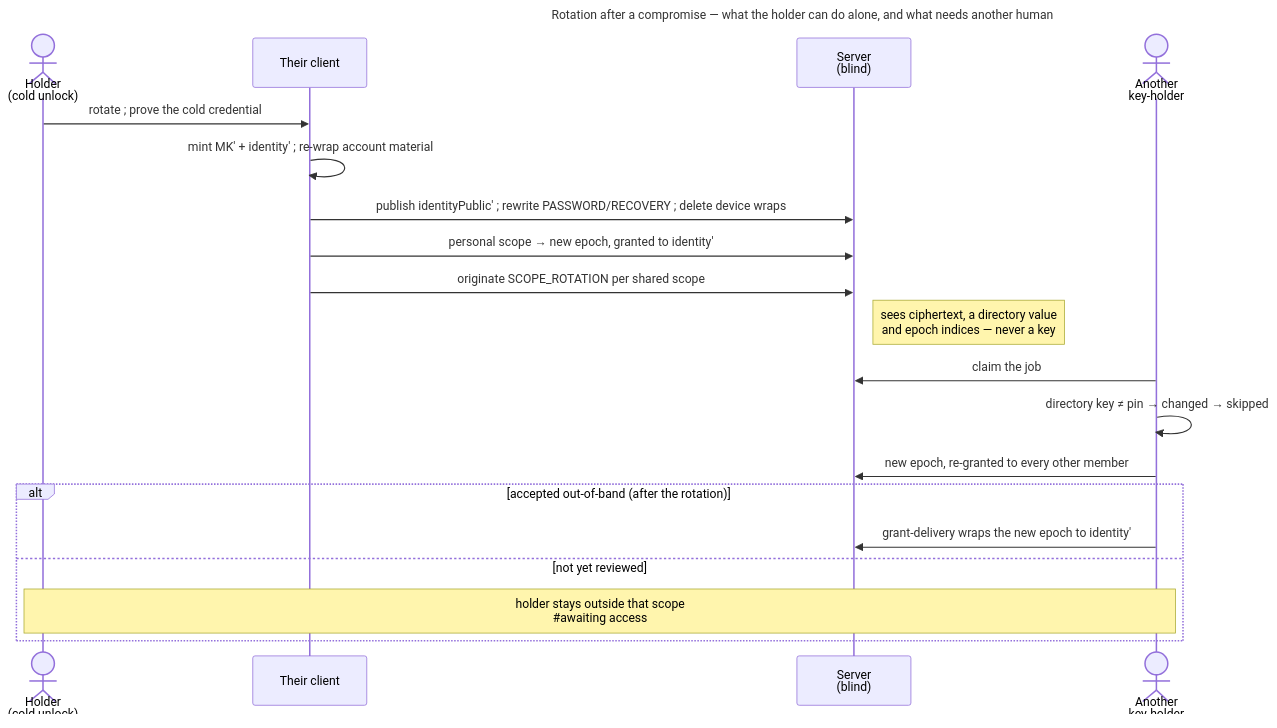
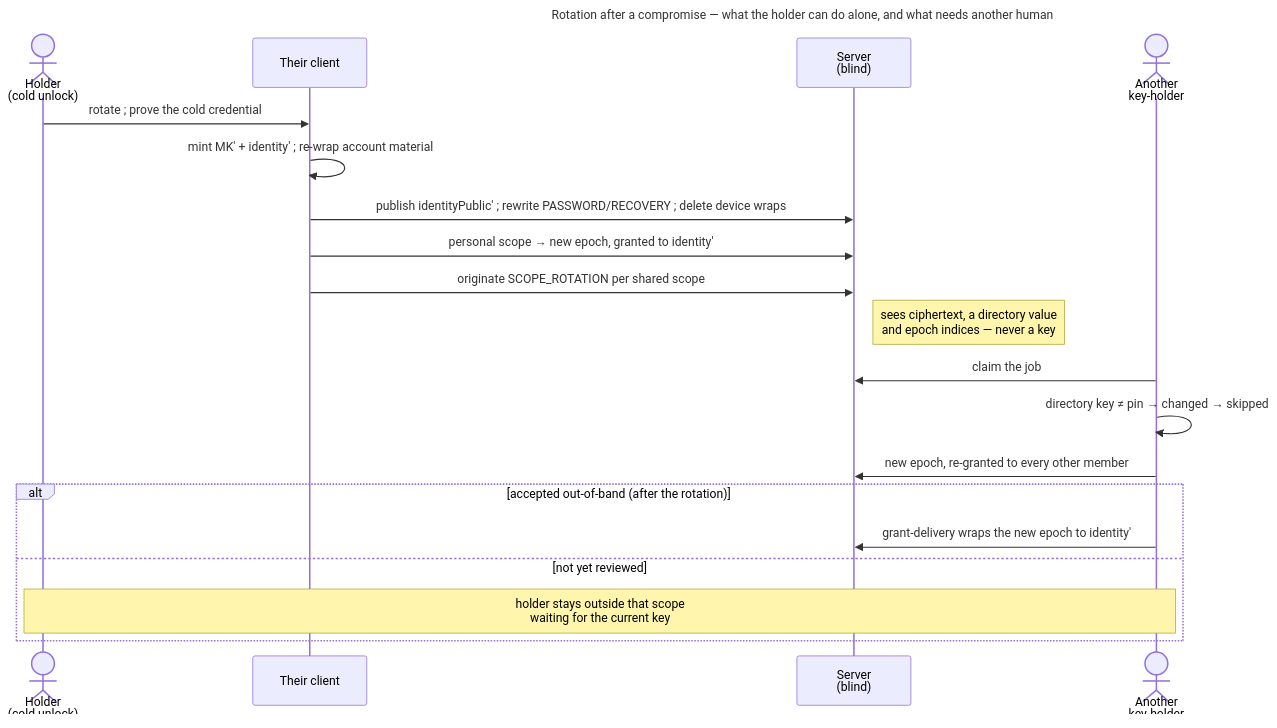
The diagram in docs/features/account/use-cases/uc.account.rotate-keys.md (raddatzk/veyq), drawn with Mermaid before and after one commit. The commit also changed 70 other files, not shown here.

First line of the commit message:
docs: an invite is a placeholder member - ADR 0111 decisions 1-5 built, the admission tag and awaiting access gone

````diff
--- a/docs/features/account/use-cases/uc.account.rotate-keys.md
+++ b/docs/features/account/use-cases/uc.account.rotate-keys.md
@@ -84,24 +84,24 @@
 ```mermaid
 ---
 title: Rotation after a compromise — what the holder can do alone, and what needs another human
 ---
 sequenceDiagram
   actor U as Holder<br>(cold unlock)
   participant C as Their client
   participant S as Server<br>(blind)
   actor M as Another<br>key-holder
   U->>C: rotate #59; prove the cold credential
   C->>C: mint MK' + identity' #59; re-wrap account material
   C->>S: publish identityPublic' #59; rewrite PASSWORD/RECOVERY #59; delete device wraps
   C->>S: personal scope → new epoch, granted to identity'
   C->>S: originate SCOPE_ROTATION per shared scope
   Note right of S: sees ciphertext, a directory value<br>and epoch indices — never a key
   M->>S: claim the job
   M->>M: directory key ≠ pin → changed → skipped
   M->>S: new epoch, re-granted to every other member
   alt accepted out-of-band (after the rotation)
   M->>S: grant-delivery wraps the new epoch to identity'
   else not yet reviewed
-  Note over U,M: holder stays outside that scope<br>#35;awaiting access
+  Note over U,M: holder stays outside that scope<br>waiting for the current key
   end
 ```
````
